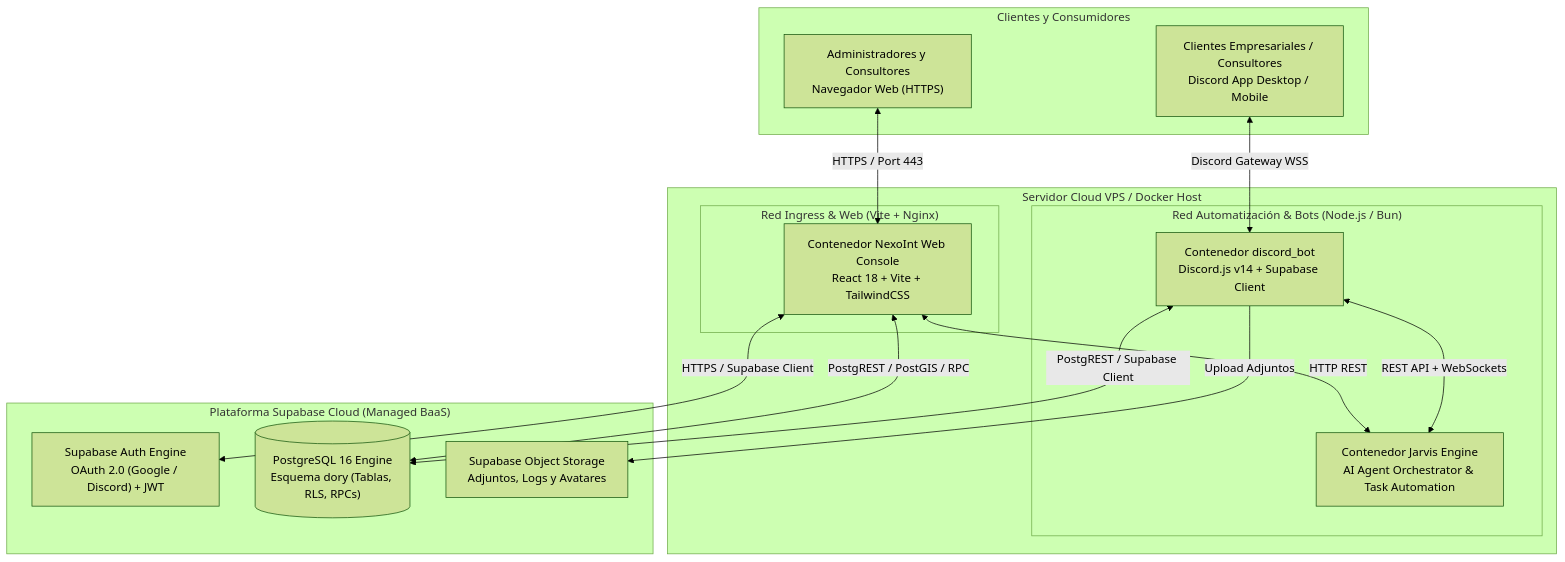
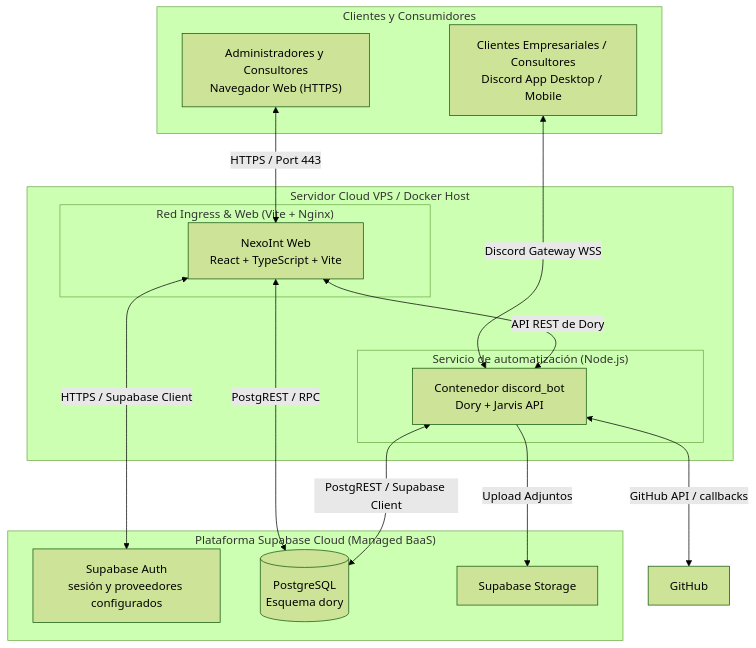
Before and after one commit to jesusalbujas/CONTROL-PST: the tenth of 13 diagrams in docs/proyectos/pst-4-arquitectura.md, drawn with Mermaid (forest theme). The commit also changed other lines of this file and 9 other files, not shown here.

````diff
--- a/docs/proyectos/pst-4-arquitectura.md
+++ b/docs/proyectos/pst-4-arquitectura.md
@@ -585,35 +405,33 @@
 ```mermaid
 graph TB
     subgraph sub_Servidor_Cloud_VPS ["Servidor Cloud VPS / Docker Host"]
         subgraph sub_Red_Ingress_Web ["Red Ingress & Web (Vite + Nginx)"]
-            SPA["Contenedor NexoInt Web Console<br>React 18 + Vite + TailwindCSS"]
+            SPA["NexoInt Web<br>React + TypeScript + Vite"]
         end
 
-        subgraph sub_Red_Automatizacion_IA ["Red Automatización & Bots (Node.js / Bun)"]
-            BOT_CORE["Contenedor discord_bot<br>Discord.js v14 + Supabase Client"]
-            JARVIS_API["Contenedor Jarvis Engine<br>AI Agent Orchestrator & Task Automation"]
+        subgraph sub_Red_Automatizacion_IA ["Servicio de automatización (Node.js)"]
+            BOT_CORE["Contenedor discord_bot<br>Dory + Jarvis API"]
         end
     end
 
     subgraph sub_Plataforma_Supabase_Cloud ["Plataforma Supabase Cloud (Managed BaaS)"]
-        AUTH_ENGINE["Supabase Auth Engine<br>OAuth 2.0 (Google / Discord) + JWT"]
-        PG_DORY[("PostgreSQL 16 Engine<br>Esquema dory (Tablas, RLS, RPCs)")]
-        STORAGE["Supabase Object Storage<br>Adjuntos, Logs y Avatares"]
+        AUTH_ENGINE["Supabase Auth<br>sesión y proveedores configurados"]
+        PG_DORY[("PostgreSQL<br>Esquema dory")]
+        STORAGE["Supabase Storage"]
     end
 
     subgraph sub_Clientes_y_Consumidores ["Clientes y Consumidores"]
         CLIENT_USER["Clientes Empresariales / Consultores<br>Discord App Desktop / Mobile"]
         ADMIN_USER["Administradores y Consultores<br>Navegador Web (HTTPS)"]
     end
 
     CLIENT_USER <-->|Discord Gateway WSS| BOT_CORE
     ADMIN_USER <-->|HTTPS / Port 443| SPA
 
     SPA <-->|HTTPS / Supabase Client| AUTH_ENGINE
-    SPA <-->|PostgREST / PostGIS / RPC| PG_DORY
-    SPA <-->|HTTP REST| JARVIS_API
-
+    SPA <-->|PostgREST / RPC| PG_DORY
     BOT_CORE <-->|PostgREST / Supabase Client| PG_DORY
-    BOT_CORE <-->|REST API + WebSockets| JARVIS_API
+    SPA <-->|API REST de Dory| BOT_CORE
+    BOT_CORE <-->|GitHub API / callbacks| GH["GitHub"]
     BOT_CORE -->|Upload Adjuntos| STORAGE
 ```
````
